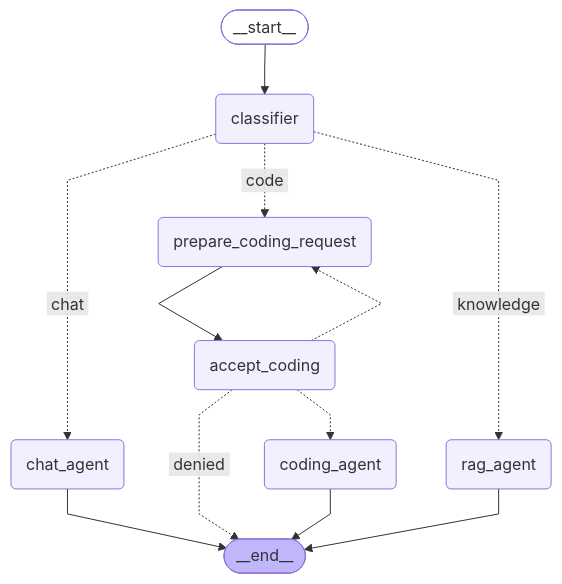
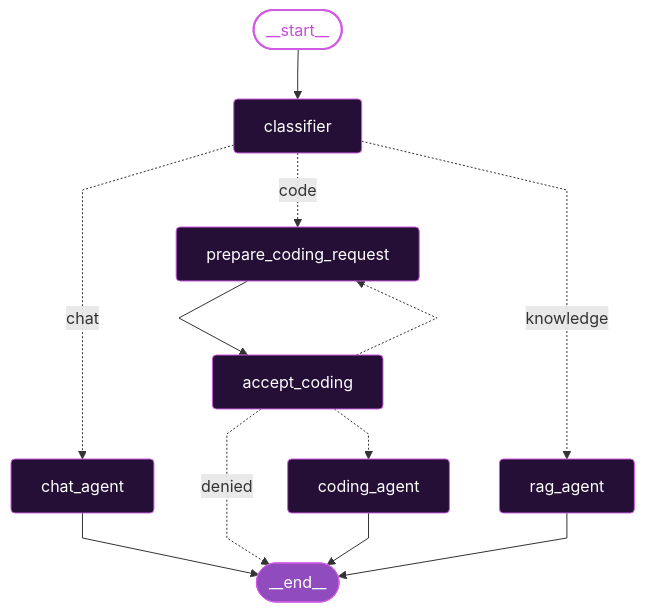
The diagram in README.md (manbeermaken/multi-agent), drawn with Mermaid before and after one commit.

Commit message:
Refactor mermaid diagram in README for improved clarity and consistency

````diff
--- a/README.md
+++ b/README.md
@@ -2,30 +2,36 @@
 ```mermaid
 ---
 config:
   flowchart:
     curve: linear
 ---
 graph TD;
-	__start__([<p>__start__</p>]):::first
-	classifier(classifier)
-	chat_agent(chat_agent)
-	rag_agent(rag_agent)
-	prepare_coding_request(prepare_coding_request)
-	accept_coding(accept_coding)
-	coding_agent(coding_agent)
-	__end__([<p>__end__</p>]):::last
+	__start__([__start__]):::first
+	classifier[classifier]
+	chat_agent[chat_agent]
+	rag_agent[rag_agent]
+	prepare_coding_request[prepare_coding_request]
+	accept_coding[accept_coding]
+	coding_agent[coding_agent]
+	__end__([__end__]):::last
+
 	__start__ --> classifier;
-	accept_coding -. &nbsp;denied&nbsp; .-> __end__;
+
+	classifier -. chat .-> chat_agent;
+	classifier -. code .-> prepare_coding_request;
+	classifier -. knowledge .-> rag_agent;
+
+	prepare_coding_request --> accept_coding;
+
+	accept_coding -. denied .-> __end__;
 	accept_coding -.-> coding_agent;
 	accept_coding -.-> prepare_coding_request;
-	classifier -. &nbsp;chat&nbsp; .-> chat_agent;
-	classifier -. &nbsp;code&nbsp; .-> prepare_coding_request;
-	classifier -. &nbsp;knowledge&nbsp; .-> rag_agent;
-	prepare_coding_request --> accept_coding;
+
 	chat_agent --> __end__;
 	coding_agent --> __end__;
 	rag_agent --> __end__;
-	classDef default fill:#f2f0ff,line-height:1.2
-	classDef first fill-opacity:0
-	classDef last fill:#bfb6fc
+
+	classDef default fill:#250f36,stroke:#d05ce3,stroke-width:1px,color:#fff,rx:4px,ry:4px
+	classDef first fill-opacity:0,stroke:#d05ce3,stroke-width:2px,color:#c84ddb
+	classDef last fill:#904bbf,stroke:#d05ce3,stroke-width:1px,color:#fff
 ```
````
